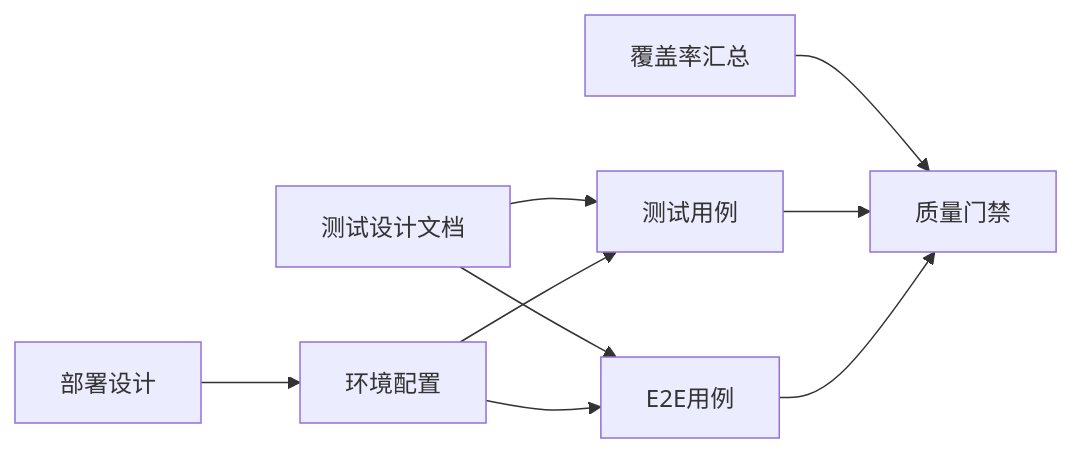
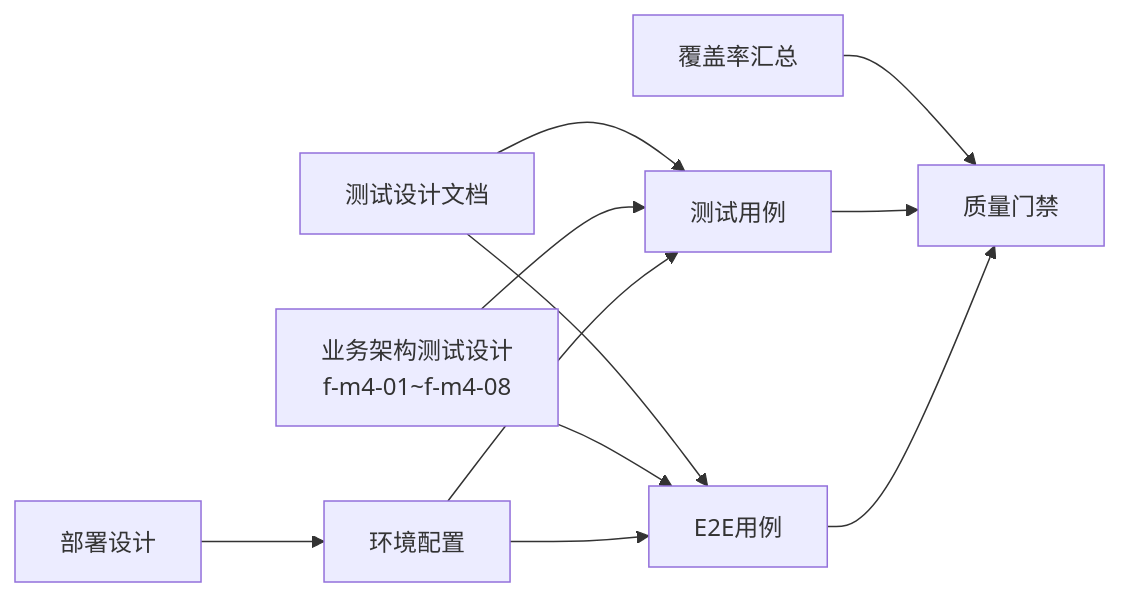
Before and after one commit to kai-cui1/ai-prototype-manager: the third of 3 diagrams in .qoder/repowiki/zh/content/测试策略/测试策略.md, drawn with Mermaid. The commit also changed other lines of this file and 295 other files, not shown here.

````diff
--- a/.qoder/repowiki/zh/content/测试策略/测试策略.md
+++ b/.qoder/repowiki/zh/content/测试策略/测试策略.md
@@ -266,11 +313,13 @@
 ```mermaid
 graph LR
 TDD["测试设计文档"] --> TC["测试用例"]
 TDD --> E2E["E2E用例"]
+TDD3["业务架构测试设计<br/>f-m4-01~f-m4-08"] --> TC
+TDD3 --> E2E
 DEP["部署设计"] --> ENV["环境配置"]
 ENV --> TC
 ENV --> E2E
 COV["覆盖率汇总"] --> Gate["质量门禁"]
 TC --> Gate
 E2E --> Gate
 ```
````
